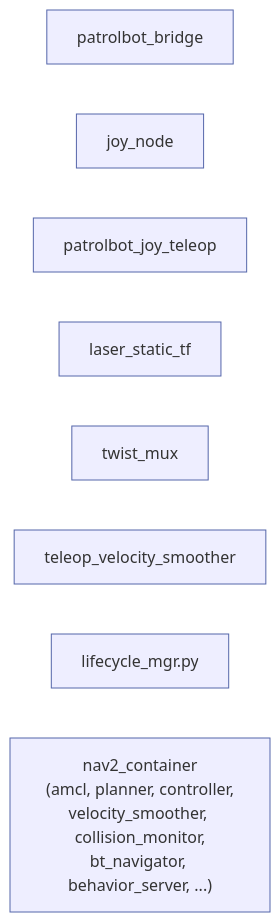
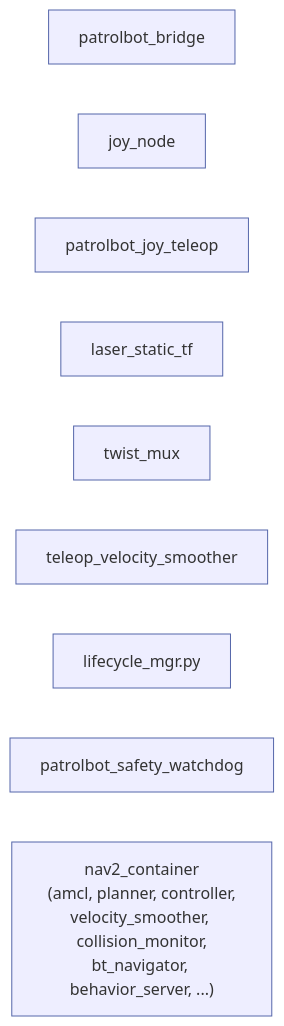
The diagram in docs/ros2/nodes.md (cmu-impactlab/patrolbot), drawn with Mermaid (base theme) before and after one commit. The commit also changed other lines of this file and 41 other files, not shown here.

````diff
--- a/docs/ros2/nodes.md
+++ b/docs/ros2/nodes.md
@@ -16,12 +16,13 @@
 ```mermaid
 flowchart LR
     BR["patrolbot_bridge"]:::pi
     JOY["joy_node"]:::pi
     JT["patrolbot_joy_teleop"]:::pi
     LTF["laser_static_tf"]:::pi
     TM["twist_mux"]:::pi
     TVS["teleop_velocity_smoother"]:::pi
     LC["lifecycle_mgr.py"]:::pi
+    SW["patrolbot_safety_watchdog"]:::pi
     NAV["nav2_container\n(amcl, planner, controller,\nvelocity_smoother, collision_monitor,\nbt_navigator, behavior_server, ...)"]:::pi
     classDef pi fill:#eef,stroke:#5566aa;
 ```
````
